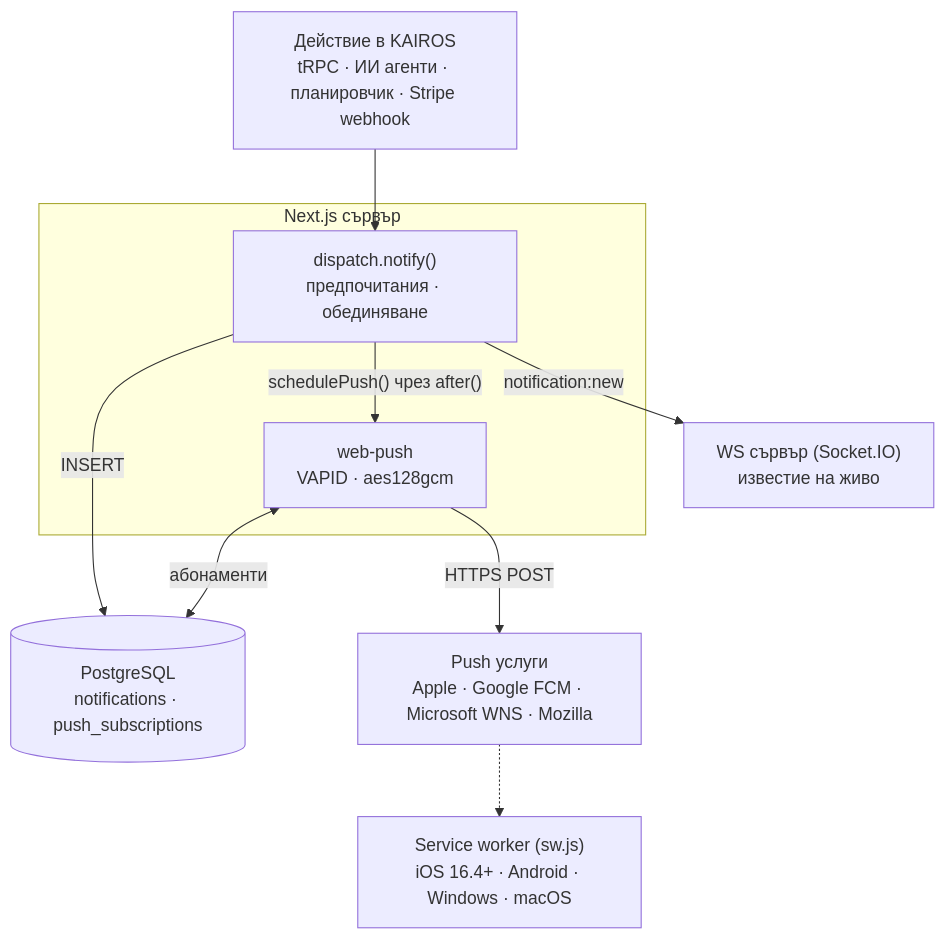
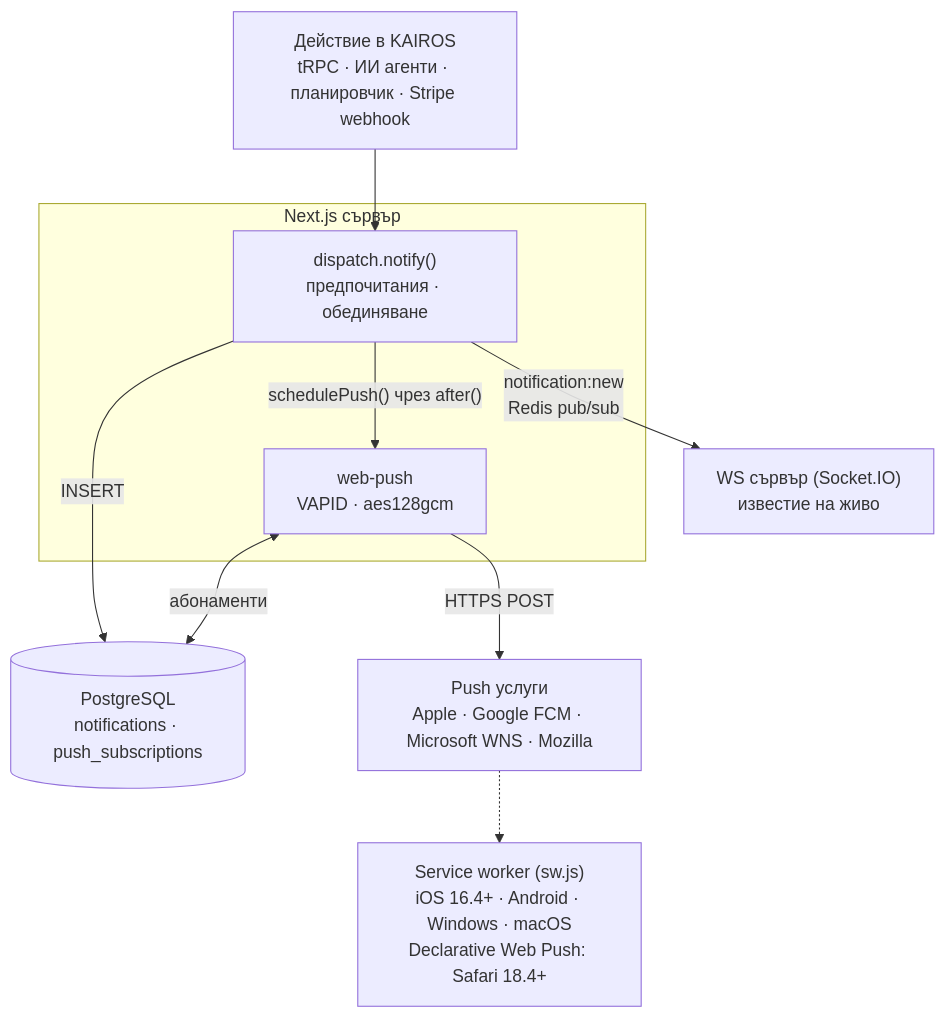
One commit to tuncheva/KAIROS changed diagram 12 of 19 in docs/diploma/diagrams/GALLERY.md. Above: the diagram before and after it, drawn with Mermaid. The commit also changed other lines of this file and 68 other files, not shown here.

First line of the commit message:
fix(thesis): replace Word-drawn figures; apply approved diagram changes

````diff
--- a/docs/diploma/diagrams/GALLERY.md
+++ b/docs/diploma/diagrams/GALLERY.md
@@ -340,14 +352,14 @@
 ```mermaid
 %% Фигура 12 – Архитектура на известията извън приложението
 flowchart TB
   act["Действие в KAIROS<br>tRPC · ИИ агенти · планировчик · Stripe webhook"] --> disp
   subgraph APP["Next.js сървър"]
     disp["dispatch.notify()<br>предпочитания · обединяване"] -->|"schedulePush() чрез after()"| push["web-push<br>VAPID · aes128gcm"]
   end
   db[("PostgreSQL<br>notifications · push_subscriptions")]
   disp -->|"INSERT"| db
   push <-->|"абонаменти"| db
-  disp -->|"notification:new"| ws["WS сървър (Socket.IO)<br>известие на живо"]
+  disp -->|"notification:new<br>Redis pub/sub"| ws["WS сървър (Socket.IO)<br>известие на живо"]
   push -->|"HTTPS POST"| svc["Push услуги<br>Apple · Google FCM · Microsoft WNS · Mozilla"]
-  svc -.-> sw["Service worker (sw.js)<br>iOS 16.4+ · Android · Windows · macOS"]
+  svc -.-> sw["Service worker (sw.js)<br>iOS 16.4+ · Android · Windows · macOS<br>Declarative Web Push: Safari 18.4+"]
 ```
````
